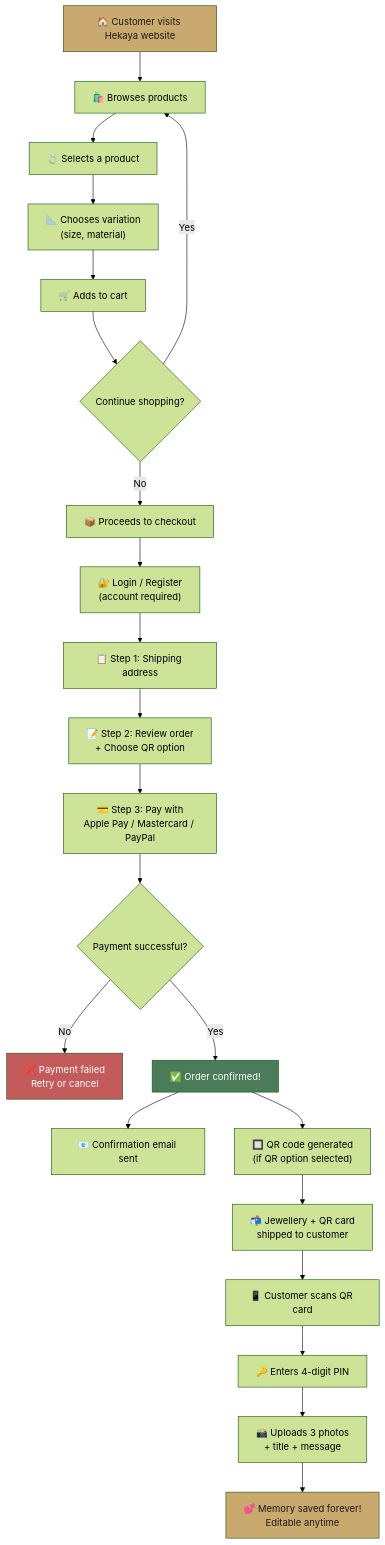
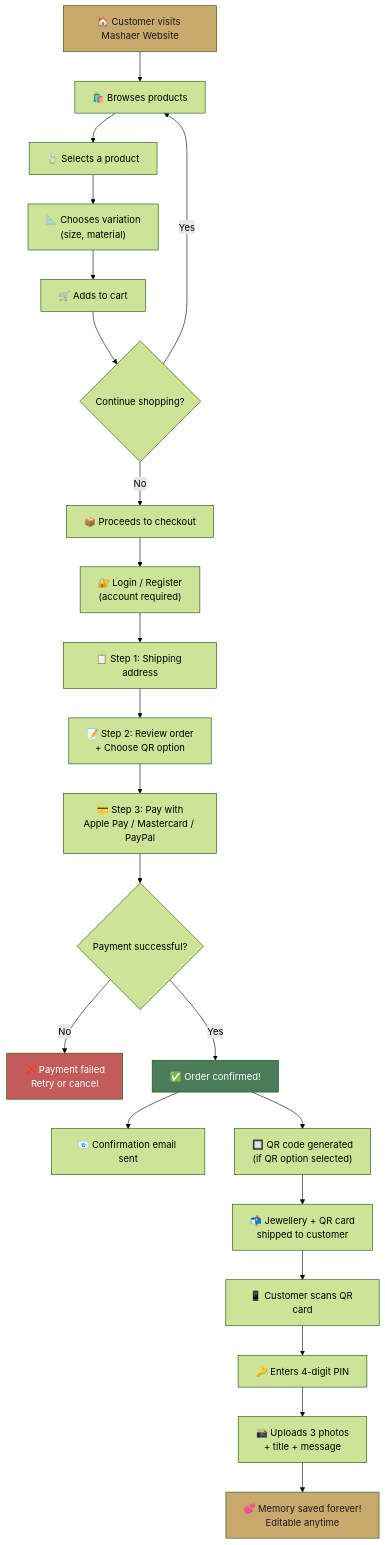
One commit to NourAlmoradi/mashaer-jewellery changed the first of 9 diagrams in PROJECT_WORKFLOW.md. Above: the diagram before and after it, drawn with Mermaid (forest theme). The commit also changed other lines of this file and 33 other files, not shown here.

First line of the commit message:
feat: rename project from Hekaya Jewellery to Mashaer Jewellery across all documentation and codebase

````diff
--- a/PROJECT_WORKFLOW.md
+++ b/PROJECT_WORKFLOW.md
@@ -52,29 +52,29 @@
 ```mermaid
 flowchart TD
-    A["🏠 Customer visits Hekaya website"] --> B["🛍️ Browses products"]
+    A["🏠 Customer visits Mashaer Website"] --> B["🛍️ Browses products"]
     B --> C["💍 Selects a product"]
     C --> D["📐 Chooses variation\n(size, material)"]
     D --> E["🛒 Adds to cart"]
     E --> F{"Continue shopping?"}
     F -->|Yes| B
     F -->|No| G["📦 Proceeds to checkout"]
     G --> H["🔐 Login / Register\n(account required)"]
     H --> I["📋 Step 1: Shipping address"]
     I --> J["📝 Step 2: Review order\n+ Choose QR option"]
     J --> K["💳 Step 3: Pay with\nApple Pay / Mastercard / PayPal"]
     K --> L{"Payment successful?"}
     L -->|No| M["❌ Payment failed\nRetry or cancel"]
     L -->|Yes| N["✅ Order confirmed!"]
     N --> O["📧 Confirmation email sent"]
     N --> P["🔲 QR code generated\n(if QR option selected)"]
     P --> Q["📬 Jewellery + QR card\nshipped to customer"]
     Q --> R["📱 Customer scans QR card"]
     R --> S["🔑 Enters 4-digit PIN"]
     S --> T["📸 Uploads 3 photos\n+ title + message"]
     T --> U["💕 Memory saved forever!\nEditable anytime"]
 
     style A fill:#C9A96E,color:#1A1A1A
     style N fill:#4A7C59,color:white
     style U fill:#C9A96E,color:#1A1A1A
     style M fill:#C45B5B,color:white
 ```
````
